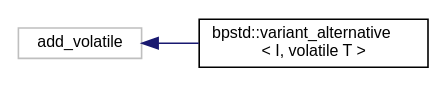
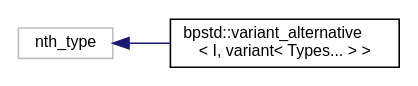
One commit to bitwizeshift/BackportCpp changed the diagram in api/latest/inherit_graph_70.dot. Above: the diagram before and after it, drawn with Graphviz. The commit also changed 126 other files, not shown here.

```diff
--- a/api/latest/inherit_graph_70.dot
+++ b/api/latest/inherit_graph_70.dot
@@ -1,9 +1,9 @@
 digraph "Graphical Class Hierarchy"
 {
   edge [fontname="Helvetica",fontsize="10",labelfontname="Helvetica",labelfontsize="10"];
   node [fontname="Helvetica",fontsize="10",shape=record];
   rankdir="LR";
-  Node87 [label="add_volatile",height=0.2,width=0.4,color="grey75", fillcolor="white", style="filled"];
-  Node87 -> Node0 [dir="back",color="midnightblue",fontsize="10",style="solid",fontname="Helvetica"];
-  Node0 [label="bpstd::variant_alternative\l\< I, volatile T \>",height=0.2,width=0.4,color="black", fillcolor="white", style="filled",URL="$dc/d69/structbpstd_1_1variant__alternative_3_01_i_00_01volatile_01_t_01_4.html"];
+  Node20 [label="nth_type",height=0.2,width=0.4,color="grey75", fillcolor="white", style="filled"];
+  Node20 -> Node0 [dir="back",color="midnightblue",fontsize="10",style="solid",fontname="Helvetica"];
+  Node0 [label="bpstd::variant_alternative\l\< I, variant\< Types... \> \>",height=0.2,width=0.4,color="black", fillcolor="white", style="filled",URL="$dc/d04/structbpstd_1_1variant__alternative_3_01_i_00_01variant_3_01_types_8_8_8_01_4_01_4.html"];
 }
```
